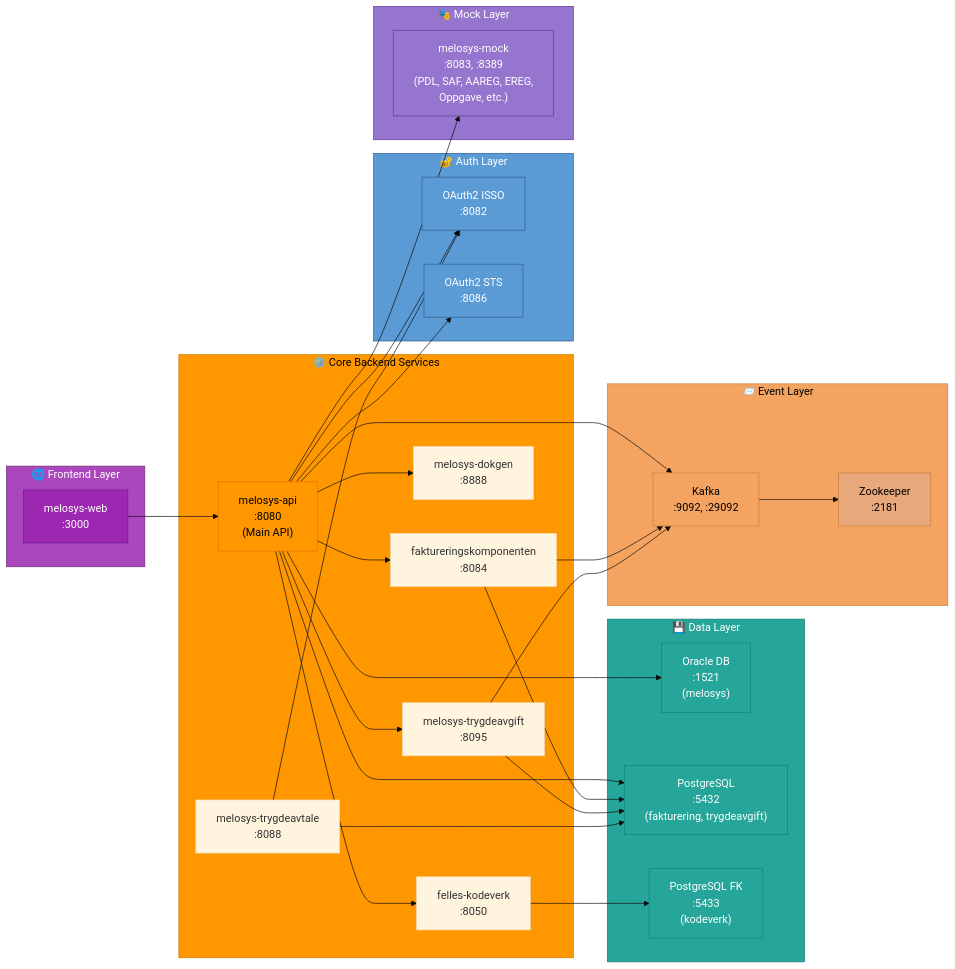
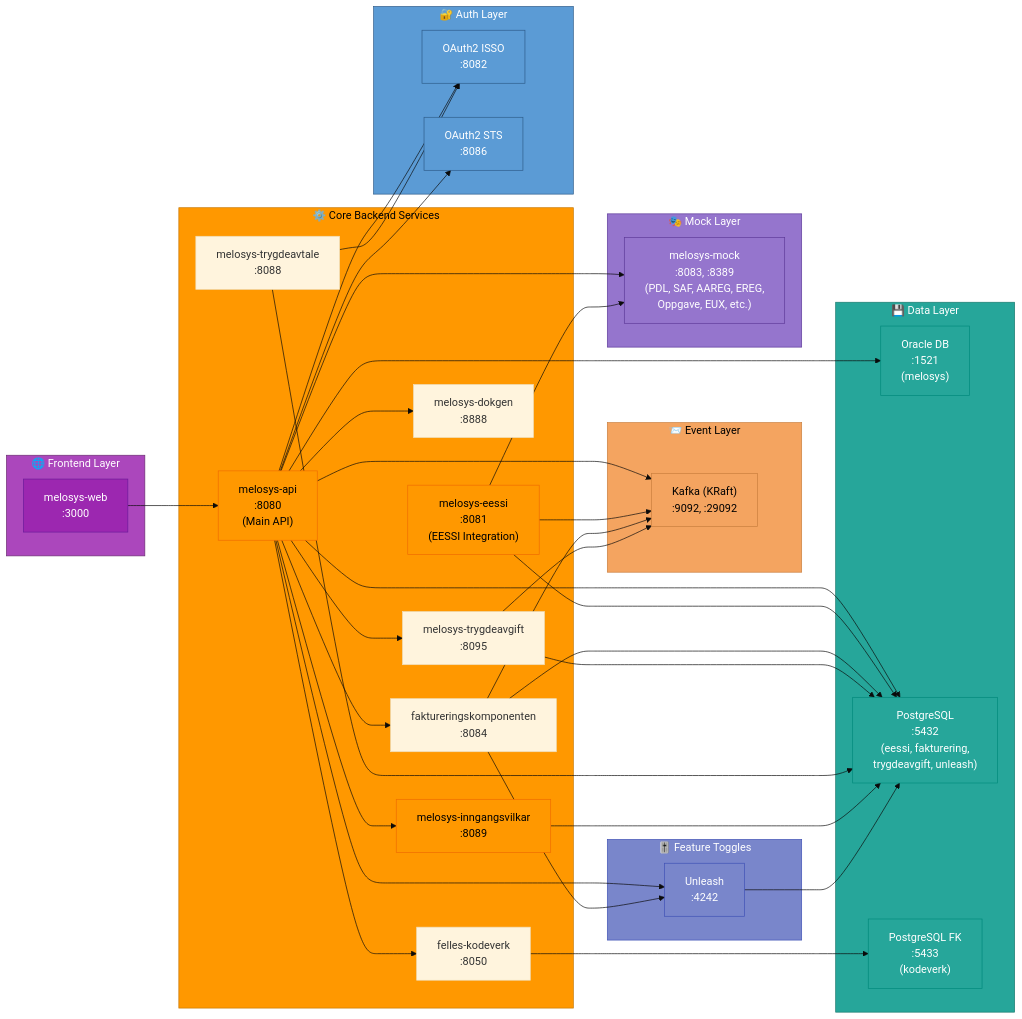
The second of 5 diagrams in README.md (navikt/melosys-e2e-tests), drawn with Mermaid (base theme) before and after one commit. The commit also changed other lines of this file and 1 other file, not shown here.

Commit message:
Update Docker services architecture documentation
- Add missing services: melosys-eessi, melosys-inngangsvilkar, unleash
- Remove Zookeeper (Kafka uses KRaft mode)
- Reorganize services into logical categories
- Update README diagrams to reflect current architecture

```diff
--- a/README.md
+++ b/README.md
@@ -125,22 +139,27 @@
 
     subgraph CoreServices["⚙️ Core Backend Services"]
         API["melosys-api<br/>:8080<br/>(Main API)"]
+        EESSI["melosys-eessi<br/>:8081<br/>(EESSI Integration)"]
         Fakturering["faktureringskomponenten<br/>:8084"]
         Dokgen["melosys-dokgen<br/>:8888"]
         Trygdeavgift["melosys-trygdeavgift<br/>:8095"]
         Trygdeavtale["melosys-trygdeavtale<br/>:8088"]
+        Inngangsvilkar["melosys-inngangsvilkar<br/>:8089"]
         FellesKode["felles-kodeverk<br/>:8050"]
     end
 
     subgraph DataLayer["💾 Data Layer"]
         Oracle["Oracle DB<br/>:1521<br/>(melosys)"]
-        Postgres["PostgreSQL<br/>:5432<br/>(fakturering, trygdeavgift)"]
+        Postgres["PostgreSQL<br/>:5432<br/>(eessi, fakturering,<br/>trygdeavgift, unleash)"]
         PostgresFK["PostgreSQL FK<br/>:5433<br/>(kodeverk)"]
     end
 
     subgraph EventLayer["📨 Event Layer"]
-        Kafka["Kafka<br/>:9092, :29092"]
-        Zookeeper["Zookeeper<br/>:2181"]
+        Kafka["Kafka (KRaft)<br/>:9092, :29092"]
+    end
+
+    subgraph FeatureToggleLayer["🎚️ Feature Toggles"]
+        Unleash["Unleash<br/>:4242"]
     end
 
     subgraph AuthLayer["🔐 Auth Layer"]
@@ -149,7 +168,7 @@
     end
 
     subgraph MockLayer["🎭 Mock Layer"]
-        Mock["melosys-mock<br/>:8083, :8389<br/>(PDL, SAF, AAREG, EREG,<br/>Oppgave, etc.)"]
+        Mock["melosys-mock<br/>:8083, :8389<br/>(PDL, SAF, AAREG, EREG,<br/>Oppgave, EUX, etc.)"]
     end
 
     Web --> API
@@ -162,31 +181,41 @@
     API --> Fakturering
     API --> Dokgen
     API --> Trygdeavgift
+    API --> Inngangsvilkar
     API --> FellesKode
+    API --> Unleash
 
+    EESSI --> Postgres
+    EESSI --> Kafka
+    EESSI --> Mock
     Fakturering --> Postgres
     Fakturering --> Kafka
+    Fakturering --> Unleash
     Trygdeavgift --> Postgres
     Trygdeavgift --> Kafka
     Trygdeavtale --> Postgres
     Trygdeavtale --> OAuth
+    Inngangsvilkar --> Postgres
     FellesKode --> PostgresFK
-    Kafka --> Zookeeper
+    Unleash --> Postgres
 
     style Frontend fill:#AB47BC,stroke:#6A2C70,color:#fff
     style CoreServices fill:#FF9800,stroke:#C77700,color:#000
     style DataLayer fill:#26A69A,stroke:#1A7A6E,color:#fff
     style EventLayer fill:#F4A460,stroke:#C97F3E,color:#000
+    style FeatureToggleLayer fill:#7986CB,stroke:#3F51B5,color:#fff
     style AuthLayer fill:#5B9BD5,stroke:#2E5C8A,color:#fff
     style MockLayer fill:#9575CD,stroke:#5E3A99,color:#fff
 
     style Web fill:#9C27B0,stroke:#6A1B9A,color:#fff
     style API fill:#FF9800,stroke:#EF6C00,color:#000
+    style EESSI fill:#FF9800,stroke:#EF6C00,color:#000
+    style Inngangsvilkar fill:#FF9800,stroke:#EF6C00,color:#000
     style Oracle fill:#26A69A,stroke:#00897B,color:#fff
     style Postgres fill:#26A69A,stroke:#00897B,color:#fff
     style PostgresFK fill:#26A69A,stroke:#00897B,color:#fff
     style Kafka fill:#F4A460,stroke:#C97F3E,color:#000
-    style Zookeeper fill:#E8A87C,stroke:#C97F3E,color:#000
+    style Unleash fill:#7986CB,stroke:#3F51B5,color:#fff
     style OAuth fill:#5B9BD5,stroke:#2E5C8A,color:#fff
     style OAuthSTS fill:#5B9BD5,stroke:#2E5C8A,color:#fff
     style Mock fill:#9575CD,stroke:#5E3A99,color:#fff
```
